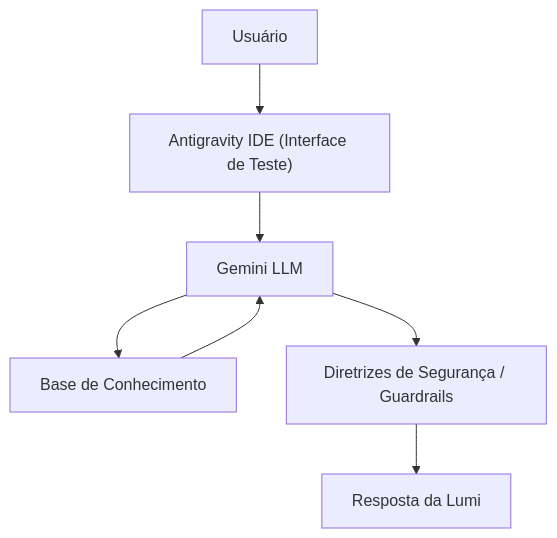
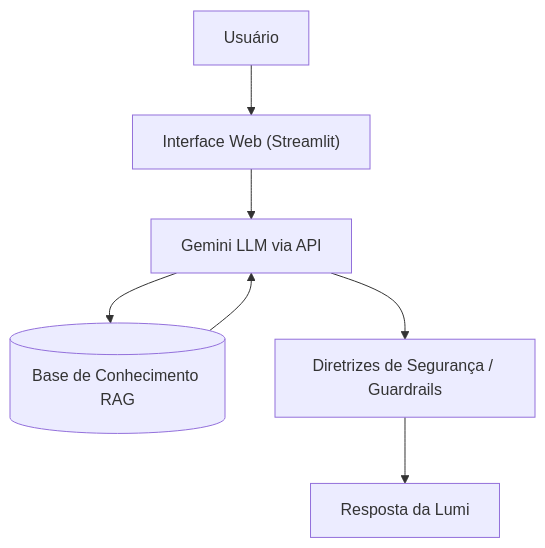
Before and after one commit to flavia-hercilia/dio-lab-bia-do-futuro: the diagram in docs/01-documentacao-agente.md, drawn with Mermaid. The commit also changed other lines of this file and 11 other files, not shown here.

````diff
--- a/docs/01-documentacao-agente.md
+++ b/docs/01-documentacao-agente.md
@@ -50,9 +50,9 @@
 ```mermaid
 flowchart TD
-    A[Usuário] --> B["Antigravity IDE (Interface de Teste)"]
-    B --> C[Gemini LLM]
-    C --> D[Base de Conhecimento]
+    A[Usuário] --> B["Interface Web (Streamlit)"]
+    B --> C[Gemini LLM via API]
+    C --> D[(Base de Conhecimento RAG)]
     D --> C
     C --> E[Diretrizes de Segurança / Guardrails]
     E --> F[Resposta da Lumi]
 ```
````
